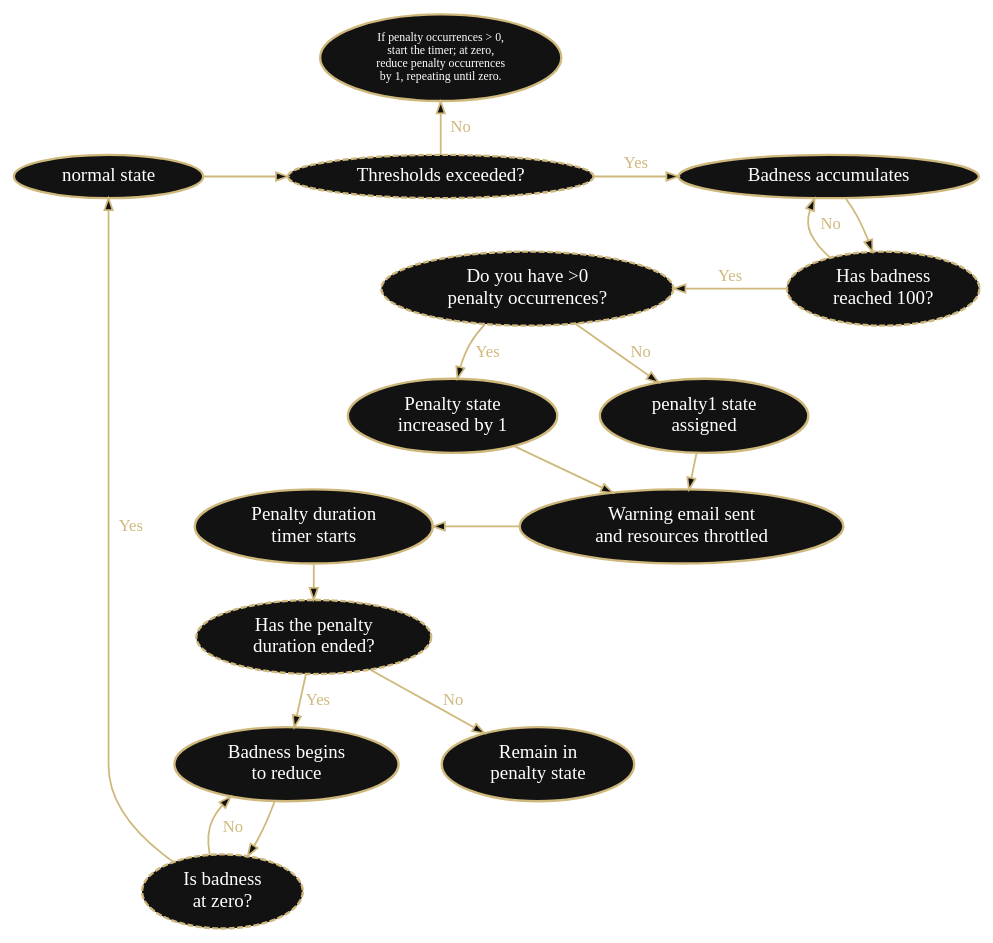
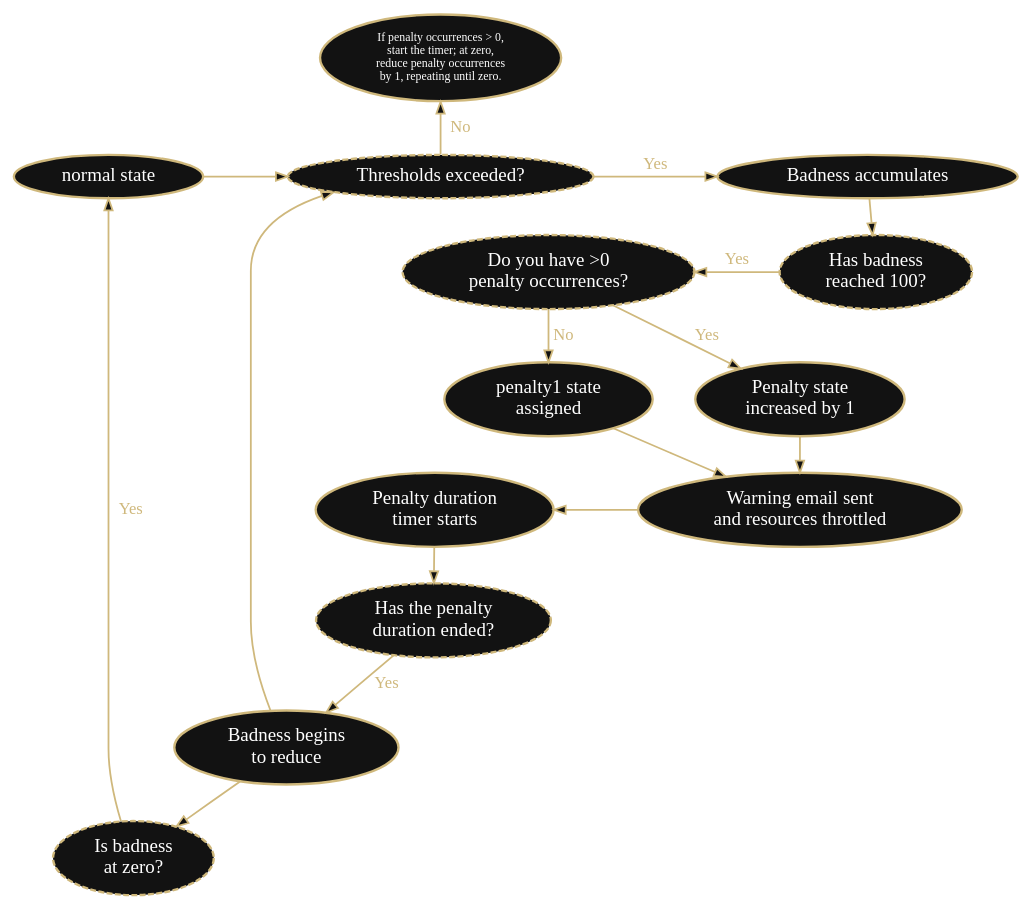
Before and after one commit to ResearchComputing/Documentation: the diagram in graphviz_flowcharts/dot_files/arbiter_flowchart.dot, drawn with Graphviz. The commit also changed 1 other file, not shown here.

Commit message:
fix arbiter flowchart logic

```diff
--- a/graphviz_flowcharts/dot_files/arbiter_flowchart.dot
+++ b/graphviz_flowcharts/dot_files/arbiter_flowchart.dot
@@ -1,75 +1,72 @@
 digraph "" {
     bgcolor="transparent";
     graph [id="doc-flowchart", rankdir=TB, nodesep=0.5, ranksep=0.4, bgcolor="none"];
 
     // Node Styling
     node [fontname="Verdana", fontsize="16", color="#CFB87C", style="filled", fillcolor="#121212", penwidth="2", fontcolor="white", shape=ellipse];
     edge [color="#CFB87C", fillcolor="#121212", penwidth="1.5", fontsize="14", fontcolor="#CFB87C"];
 
     // --- ROW 0: The solitary top node ---
     { rank=source; DoSomething; }
 
     // --- ROW 1: The Start ---
     { rank=same; NS; Exceed; Badness; }
 
     // --- ROW 4: Logic Gates ---
     { rank=same; TooBad; Track; }
 
     // --- ROW 5: Branching Outcomes ---
     { rank=same; Penalty1; NextPen; }
 
     // --- ROW 6: Post-Penalty Actions ---
     { rank=same; SentEmail; DurationTimer; }
     { rank=same; DurationEnded; }
 
     // --- ROW 7: State Management ---
-    { rank=same; StayIn; BadnessFed; }
+    { rank=same; BadnessFed; }
 
     // --- ROW 8: Final Check ---
     { rank=same; BadAtZero; }
 
     // Nodes
     NS [label="normal state"]
     Exceed [label="Thresholds exceeded?", style="filled,dashed"]
     DoSomething [label="If penalty occurrences > 0,\nstart the timer; at zero,\nreduce penalty occurrences\nby 1, repeating until zero.", fontsize="10"]
     Badness [label="Badness accumulates"]
     TooBad [label="Has badness\nreached 100?", style="filled,dashed"]
     Track [label="Do you have >0\npenalty occurrences?", style="filled,dashed"]
     Penalty1 [label="penalty1 state\nassigned"]
     NextPen [label="Penalty state\nincreased by 1"]
     SentEmail [label="Warning email sent\nand resources throttled"]
     DurationTimer [label="Penalty duration\ntimer starts"]
     DurationEnded [label="Has the penalty\nduration ended?", style="filled,dashed"]
-    StayIn [label="Remain in\npenalty state"]
     BadnessFed [label="Badness begins\nto reduce"]
     BadAtZero [label="Is badness\nat zero?", style="filled,dashed"]
 
     // Flow Logic
     NS -> Exceed
     
     // Use constraint=false to point UP to the top row without pulling the chart apart
     Exceed -> DoSomething [label="  No"]
     Exceed -> Badness [label="Yes"]
     
     Badness -> TooBad
-    TooBad -> Badness [label="  No"]
     TooBad -> Track [label="Yes", constraint=false]
     
     Track -> Penalty1 [label=" No"]
     Track -> NextPen [label=" Yes"]
     
     Penalty1 -> SentEmail
     NextPen -> SentEmail
     
     SentEmail -> DurationTimer [constraint=false]
     DurationTimer -> DurationEnded
     
-    DurationEnded -> StayIn [label=" No"]
     DurationEnded -> BadnessFed [label=" Yes"]
     
     BadnessFed -> BadAtZero
-    BadAtZero -> BadnessFed [label="  No"]
+    BadnessFed -> Exceed
     
     // Loop back to start
     BadAtZero -> NS [label="  Yes"]
 }
```
